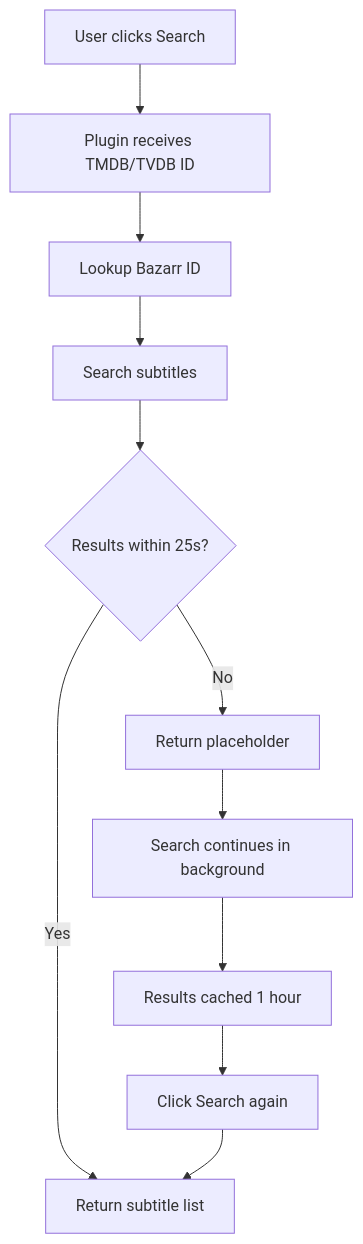
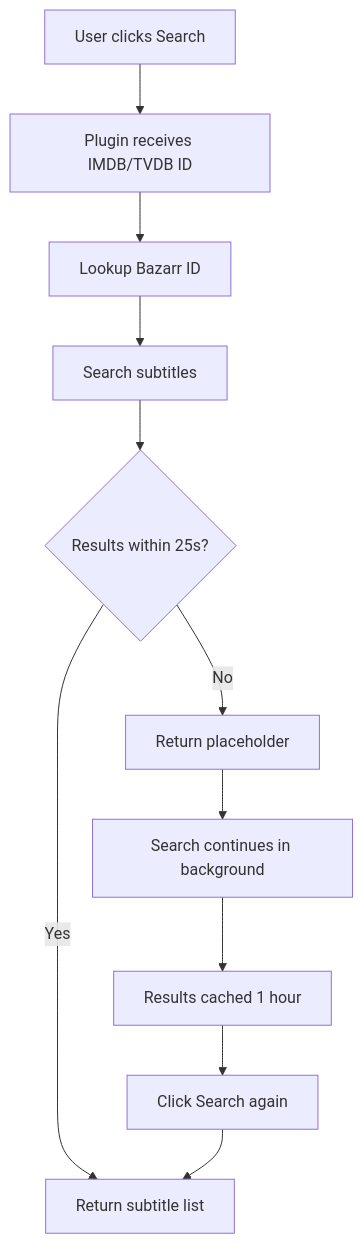
The second of 3 diagrams in README.md (enoch85/bazarr-jellyfin), drawn with Mermaid before and after one commit. The commit also changed other lines of this file, not shown here.

Commit message:
docs: correct ID matching claim in README (#13)
Movies match on IMDB ID, not TMDB - Bazarr's /api/movies returns no tmdbId.
Episodes fall back through series TVDB/IMDB ID and title.

````diff
--- a/README.md
+++ b/README.md
@@ -67,13 +67,13 @@
 ```mermaid
 flowchart TB
-    A[User clicks Search] --> B[Plugin receives TMDB/TVDB ID]
+    A[User clicks Search] --> B[Plugin receives IMDB/TVDB ID]
     B --> C[Lookup Bazarr ID]
     C --> D[Search subtitles]
     D --> E{Results within 25s?}
     E -->|Yes| F[Return subtitle list]
     E -->|No| G[Return placeholder]
     G --> H[Search continues in background]
     H --> I[Results cached 1 hour]
     I --> J[Click Search again]
     J --> F
 ```
````
